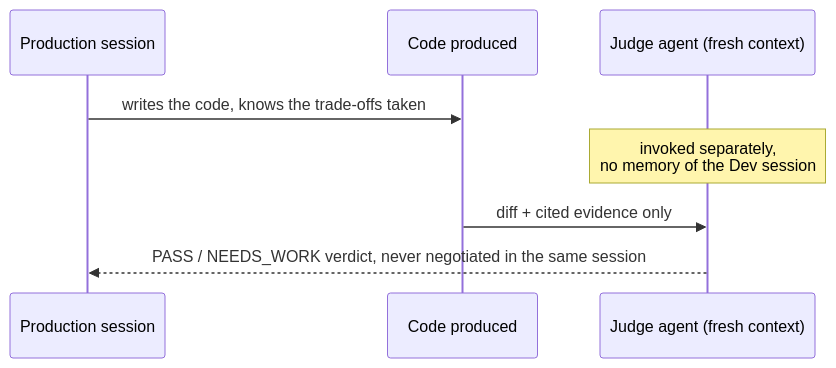
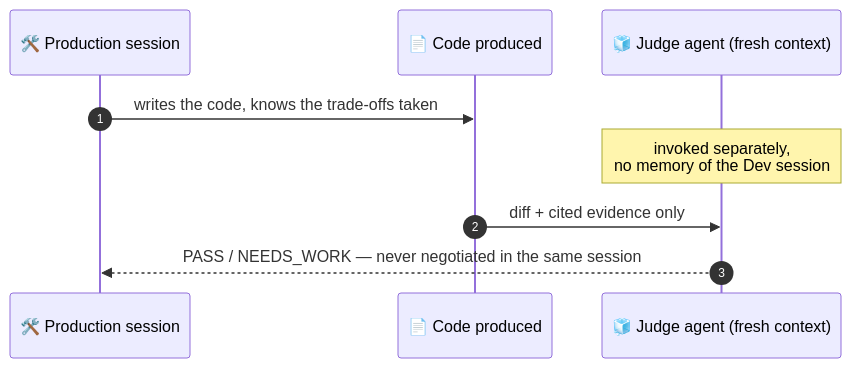
The third of 6 diagrams in doc/HOW-WE-WRITE-OUR-AGENTS.md (techmefr/mentis), drawn with Mermaid before and after one commit. The commit also changed other lines of this file and 1 other file, not shown here.

````diff
--- a/doc/HOW-WE-WRITE-OUR-AGENTS.md
+++ b/doc/HOW-WE-WRITE-OUR-AGENTS.md
@@ -141,10 +183,11 @@
 ```mermaid
 sequenceDiagram
-    participant Dev as Production session
-    participant Code as Code produced
-    participant Judge as Judge agent (fresh context)
+    autonumber
+    participant Dev as 🛠️ Production session
+    participant Code as 📄 Code produced
+    participant Judge as 🧊 Judge agent (fresh context)
     Dev->>Code: writes the code, knows the trade-offs taken
     Note over Judge: invoked separately,<br/>no memory of the Dev session
     Code->>Judge: diff + cited evidence only
-    Judge-->>Dev: PASS / NEEDS_WORK verdict, never negotiated in the same session
+    Judge-->>Dev: PASS / NEEDS_WORK — never negotiated in the same session
 ```
````
